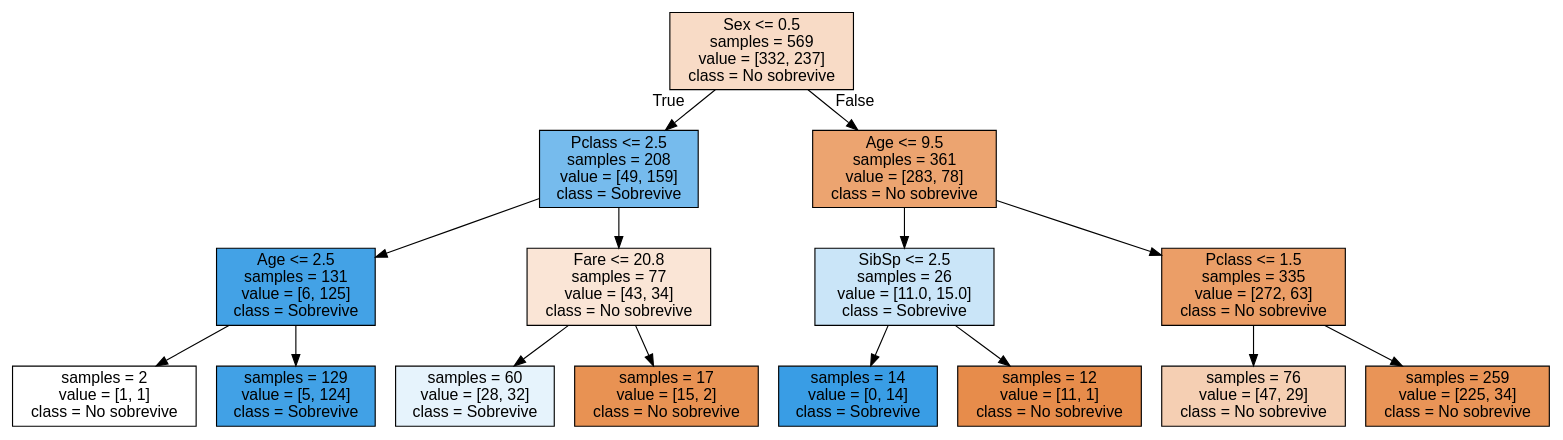
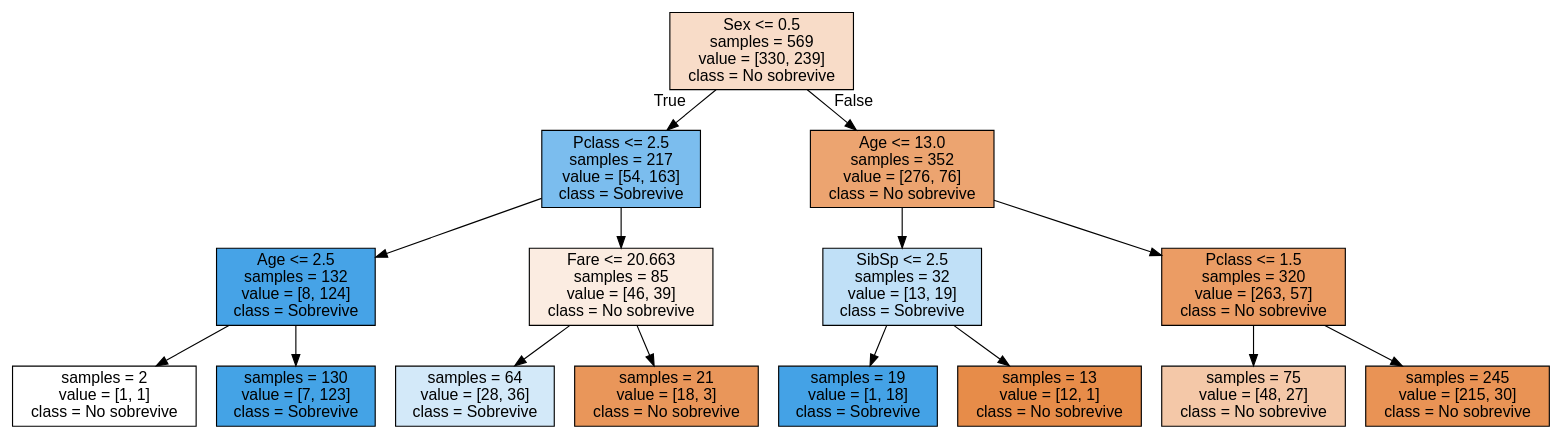
Before and after one commit to keltoi-dev/ejercicios_datamining: the diagram in ejercicio_final/arbol_titanic.dot, drawn with Graphviz. The commit also changed 1 other file, not shown here.

```diff
--- a/ejercicio_final/arbol_titanic.dot
+++ b/ejercicio_final/arbol_titanic.dot
@@ -1,33 +1,33 @@
 digraph Tree {
 node [shape=box, style="filled", color="black", fontname="helvetica"] ;
 edge [fontname="helvetica"] ;
-0 [label="Sex <= 0.5\nsamples = 569\nvalue = [332, 237]\nclass = No sobrevive", fillcolor="#f8dbc6"] ;
-1 [label="Pclass <= 2.5\nsamples = 208\nvalue = [49, 159]\nclass = Sobrevive", fillcolor="#76bbed"] ;
+0 [label="Sex <= 0.5\nsamples = 569\nvalue = [330, 239]\nclass = No sobrevive", fillcolor="#f8dcc8"] ;
+1 [label="Pclass <= 2.5\nsamples = 217\nvalue = [54, 163]\nclass = Sobrevive", fillcolor="#7bbdee"] ;
 0 -> 1 [labeldistance=2.5, labelangle=45, headlabel="True"] ;
-2 [label="Age <= 2.5\nsamples = 131\nvalue = [6, 125]\nclass = Sobrevive", fillcolor="#43a2e6"] ;
+2 [label="Age <= 2.5\nsamples = 132\nvalue = [8, 124]\nclass = Sobrevive", fillcolor="#46a3e7"] ;
 1 -> 2 ;
 3 [label="samples = 2\nvalue = [1, 1]\nclass = No sobrevive", fillcolor="#ffffff"] ;
 2 -> 3 ;
-4 [label="samples = 129\nvalue = [5, 124]\nclass = Sobrevive", fillcolor="#41a1e6"] ;
+4 [label="samples = 130\nvalue = [7, 123]\nclass = Sobrevive", fillcolor="#44a3e6"] ;
 2 -> 4 ;
-5 [label="Fare <= 20.8\nsamples = 77\nvalue = [43, 34]\nclass = No sobrevive", fillcolor="#fae5d6"] ;
+5 [label="Fare <= 20.663\nsamples = 85\nvalue = [46, 39]\nclass = No sobrevive", fillcolor="#fbece1"] ;
 1 -> 5 ;
-6 [label="samples = 60\nvalue = [28, 32]\nclass = Sobrevive", fillcolor="#e6f3fc"] ;
+6 [label="samples = 64\nvalue = [28, 36]\nclass = Sobrevive", fillcolor="#d3e9f9"] ;
 5 -> 6 ;
-7 [label="samples = 17\nvalue = [15, 2]\nclass = No sobrevive", fillcolor="#e89253"] ;
+7 [label="samples = 21\nvalue = [18, 3]\nclass = No sobrevive", fillcolor="#e9965a"] ;
 5 -> 7 ;
-8 [label="Age <= 9.5\nsamples = 361\nvalue = [283, 78]\nclass = No sobrevive", fillcolor="#eca470"] ;
+8 [label="Age <= 13.0\nsamples = 352\nvalue = [276, 76]\nclass = No sobrevive", fillcolor="#eca470"] ;
 0 -> 8 [labeldistance=2.5, labelangle=-45, headlabel="False"] ;
-9 [label="SibSp <= 2.5\nsamples = 26\nvalue = [11.0, 15.0]\nclass = Sobrevive", fillcolor="#cae5f8"] ;
+9 [label="SibSp <= 2.5\nsamples = 32\nvalue = [13, 19]\nclass = Sobrevive", fillcolor="#c0e0f7"] ;
 8 -> 9 ;
-10 [label="samples = 14\nvalue = [0, 14]\nclass = Sobrevive", fillcolor="#399de5"] ;
+10 [label="samples = 19\nvalue = [1, 18]\nclass = Sobrevive", fillcolor="#44a2e6"] ;
 9 -> 10 ;
-11 [label="samples = 12\nvalue = [11, 1]\nclass = No sobrevive", fillcolor="#e78c4b"] ;
+11 [label="samples = 13\nvalue = [12, 1]\nclass = No sobrevive", fillcolor="#e78c49"] ;
 9 -> 11 ;
-12 [label="Pclass <= 1.5\nsamples = 335\nvalue = [272, 63]\nclass = No sobrevive", fillcolor="#eb9e67"] ;
+12 [label="Pclass <= 1.5\nsamples = 320\nvalue = [263, 57]\nclass = No sobrevive", fillcolor="#eb9c64"] ;
 8 -> 12 ;
-13 [label="samples = 76\nvalue = [47, 29]\nclass = No sobrevive", fillcolor="#f5cfb3"] ;
+13 [label="samples = 75\nvalue = [48, 27]\nclass = No sobrevive", fillcolor="#f4c8a8"] ;
 12 -> 13 ;
-14 [label="samples = 259\nvalue = [225, 34]\nclass = No sobrevive", fillcolor="#e99457"] ;
+14 [label="samples = 245\nvalue = [215, 30]\nclass = No sobrevive", fillcolor="#e99355"] ;
 12 -> 14 ;
 }
```
